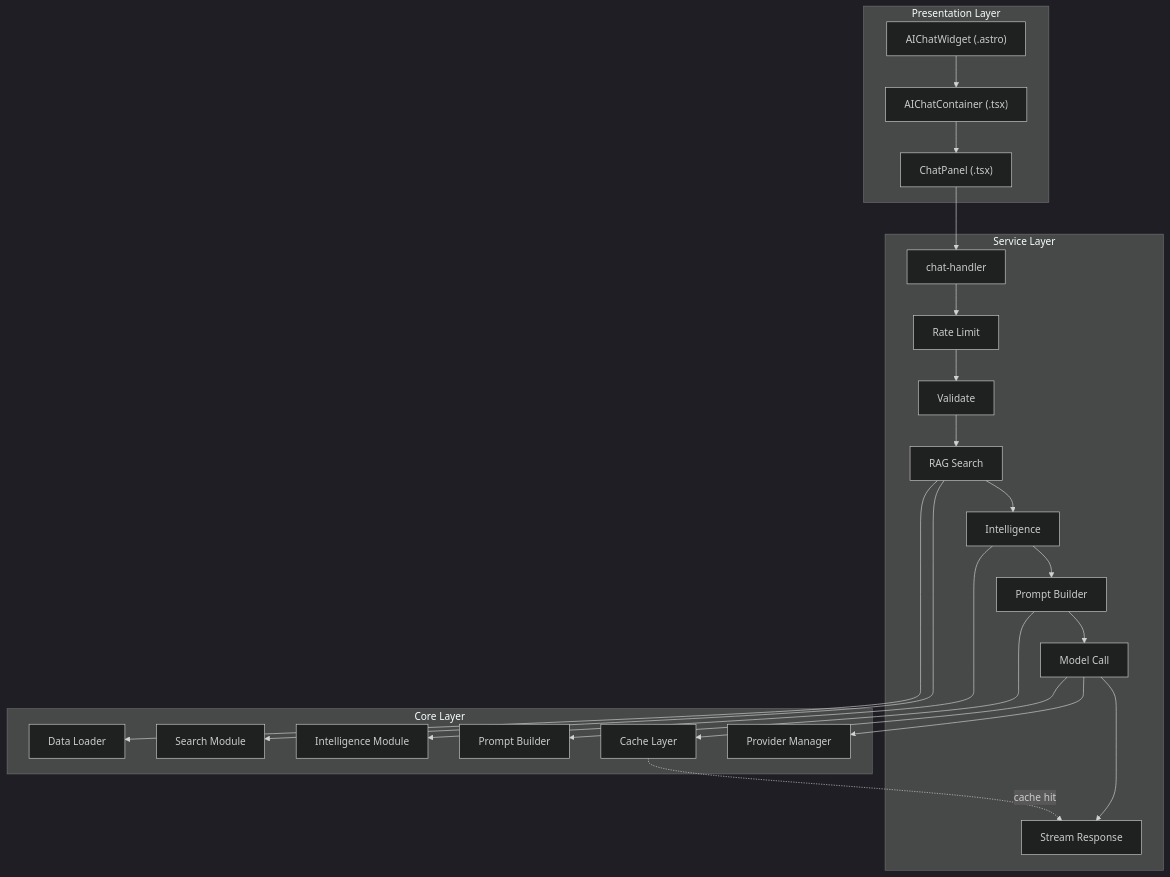
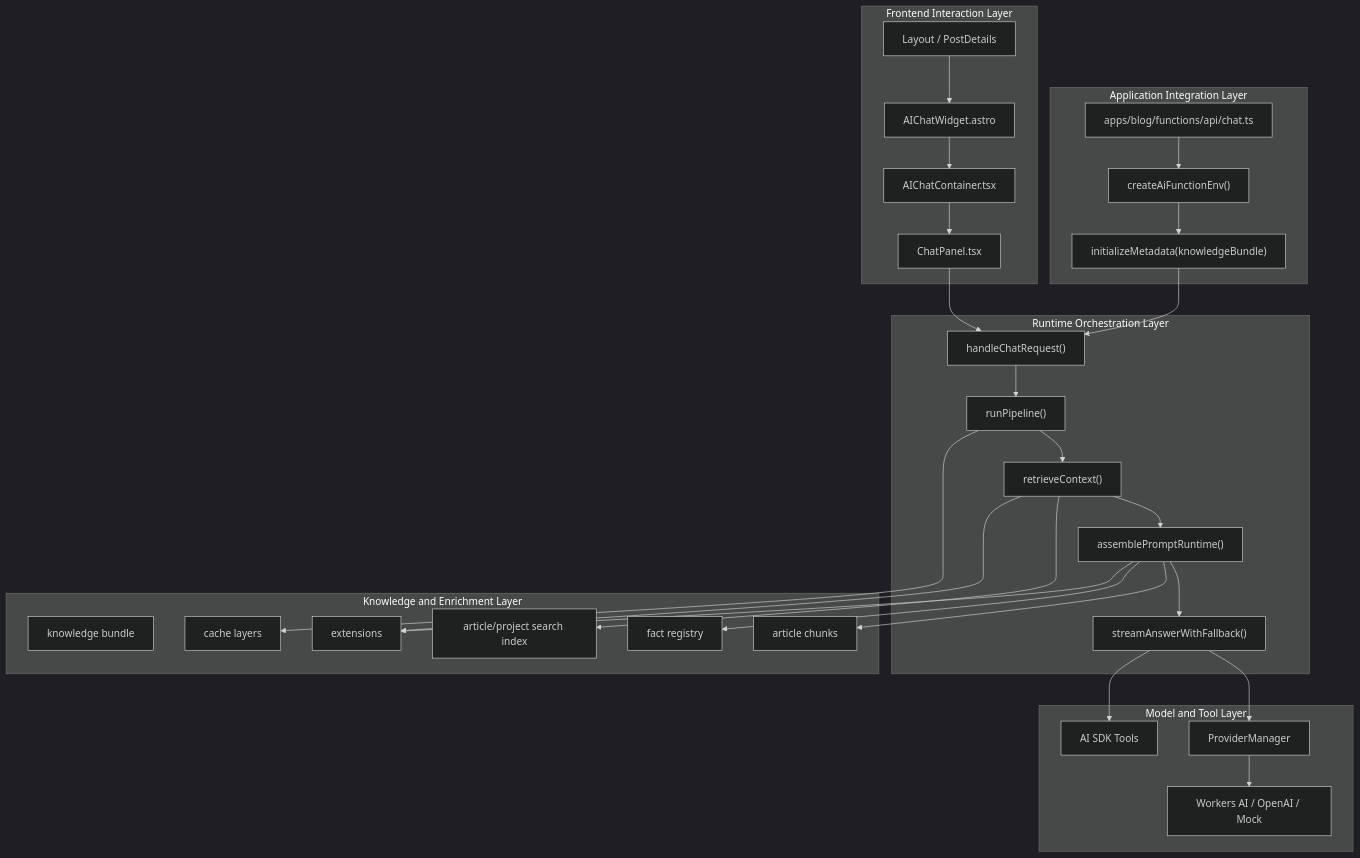
One commit to souloss/astro-minblog changed the first of 11 diagrams in apps/blog/src/data/blog/en/ai-module-architecture.md. Above: the diagram before and after it, drawn with Mermaid (dark theme). The commit also changed other lines of this file, not shown here.

First line of the commit message:
docs(blog): rewrite English AI architecture deep dive

````diff
--- a/apps/blog/src/data/blog/en/ai-module-architecture.md
+++ b/apps/blog/src/data/blog/en/ai-module-architecture.md
@@ -214,52 +182,50 @@
 ```mermaid
 flowchart TB
-
-    %% ===================== Presentation Layer =====================
-    subgraph Presentation_Layer["Presentation Layer"]
-        UI1["AIChatWidget (.astro)"]
-        UI2["AIChatContainer (.tsx)"]
-        UI3["ChatPanel (.tsx)"]
+    subgraph App["Application Integration Layer"]
+        A1["apps/blog/functions/api/chat.ts"]
+        A2["createAiFunctionEnv()"]
+        A3["initializeMetadata(knowledgeBundle)"]
     end
 
-    %% ===================== Service Layer =====================
-    subgraph Service_Layer["Service Layer"]
-        S0["chat-handler"]
-
-        S1["Rate Limit"]
-        S2["Validate"]
-        S3["RAG Search"]
-        S4["Intelligence"]
-        S5["Prompt Builder"]
-        S6["Model Call"]
-        S7["Stream Response"]
+    subgraph UI["Frontend Interaction Layer"]
+        U1["Layout / PostDetails"]
+        U2["AIChatWidget.astro"]
+        U3["AIChatContainer.tsx"]
+        U4["ChatPanel.tsx"]
     end
 
-    %% ===================== Core Layer =====================
-    subgraph Core_Layer["Core Layer"]
-        C1["Provider Manager"]
-        C2["Search Module"]
-        C3["Intelligence Module"]
-        C4["Prompt Builder"]
-        C5["Cache Layer"]
-        C6["Data Loader"]
+    subgraph Runtime["Runtime Orchestration Layer"]
+        R1["handleChatRequest()"]
+        R2["runPipeline()"]
+        R3["retrieveContext()"]
+        R4["assemblePromptRuntime()"]
+        R5["streamAnswerWithFallback()"]
     end
 
-    %% ===================== Call Chain =====================
-    UI1 --> UI2 --> UI3 --> S0
+    subgraph Knowledge["Knowledge and Enrichment Layer"]
+        K1["knowledge bundle"]
+        K2["article/project search index"]
+        K3["article chunks"]
+        K4["fact registry"]
+        K5["extensions"]
+        K6["cache layers"]
+    end
 
-    S0 --> S1 --> S2 --> S3 --> S4 --> S5 --> S6 --> S7
+    subgraph Model["Model and Tool Layer"]
+        M1["ProviderManager"]
+        M2["Workers AI / OpenAI / Mock"]
+        M3["AI SDK Tools"]
+    end
 
-    %% ===================== Service Layer -> Core Layer =====================
-    S3 --> C2
-    S3 --> C6
-
-    S4 --> C3
-
-    S5 --> C4
-
-    S6 --> C1
-    S6 --> C5
-
-    %% ===================== Optional Cache Shortcut =====================
-    C5 -. "cache hit" .-> S7
+    A1 --> A2 --> A3 --> R1
+    U1 --> U2 --> U3 --> U4 --> R1
+    R1 --> R2 --> R3 --> R4 --> R5
+    R3 --> K2
+    R4 --> K3
+    R4 --> K4
+    R3 --> K5
+    R4 --> K5
+    R2 --> K6
+    R5 --> M1 --> M2
+    R5 --> M3
 ```
````
